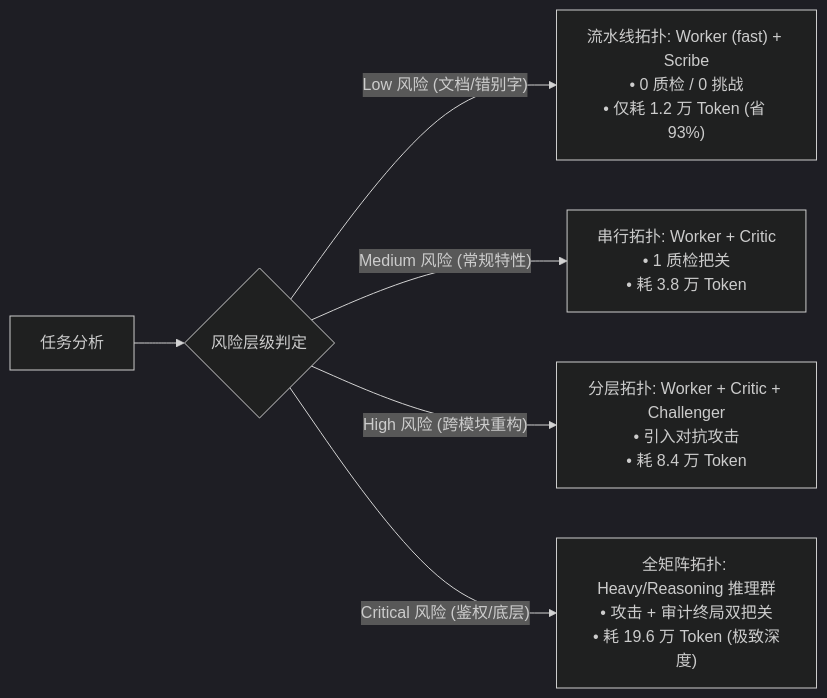
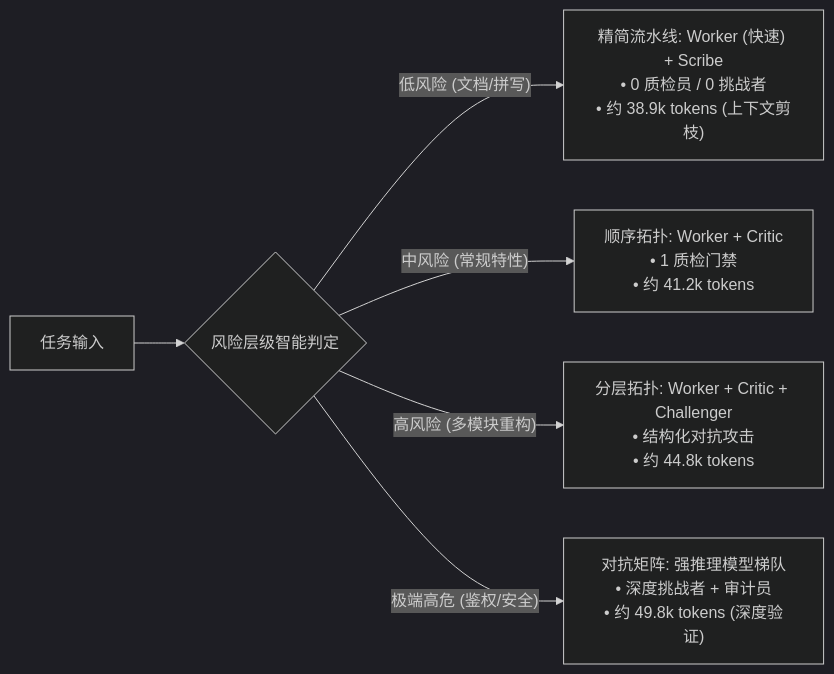
The second of 3 diagrams in docs/BENCHMARK_REPORT.zh-CN.md (CalebChen941028/agent-teamwork), drawn with Mermaid (dark theme) before and after one commit. The commit also changed other lines of this file and 11 other files, not shown here.

````diff
--- a/docs/BENCHMARK_REPORT.zh-CN.md
+++ b/docs/BENCHMARK_REPORT.zh-CN.md
@@ -203,8 +210,8 @@
 ```mermaid
 graph LR
-    Task[任务分析] --> Risk{风险层级判定}
-    Risk -- "Low 风险 (文档/错别字)" --> TopoLow["流水线拓扑: Worker (fast) + Scribe<br/>• 0 质检 / 0 挑战<br/>• 仅耗 1.2 万 Token (省 93%)"]
-    Risk -- "Medium 风险 (常规特性)" --> TopoMed["串行拓扑: Worker + Critic<br/>• 1 质检把关<br/>• 耗 3.8 万 Token"]
-    Risk -- "High 风险 (跨模块重构)" --> TopoHigh["分层拓扑: Worker + Critic + Challenger<br/>• 引入对抗攻击<br/>• 耗 8.4 万 Token"]
-    Risk -- "Critical 风险 (鉴权/底层)" --> TopoCrit["全矩阵拓扑: Heavy/Reasoning 推理群<br/>• 攻击 + 审计终局双把关<br/>• 耗 19.6 万 Token (极致深度)"]
+    Task[任务输入] --> Risk{风险层级智能判定}
+    Risk -- "低风险 (文档/拼写)" --> TopoLow["精简流水线: Worker (快速) + Scribe<br/>• 0 质检员 / 0 挑战者<br/>• 约 38.9k tokens (上下文剪枝)"]
+    Risk -- "中风险 (常规特性)" --> TopoMed["顺序拓扑: Worker + Critic<br/>• 1 质检门禁<br/>• 约 41.2k tokens"]
+    Risk -- "高风险 (多模块重构)" --> TopoHigh["分层拓扑: Worker + Critic + Challenger<br/>• 结构化对抗攻击<br/>• 约 44.8k tokens"]
+    Risk -- "极端高危 (鉴权/安全)" --> TopoCrit["对抗矩阵: 强推理模型梯队<br/>• 深度挑战者 + 审计员<br/>• 约 49.8k tokens (深度验证)"]
 ```
````
